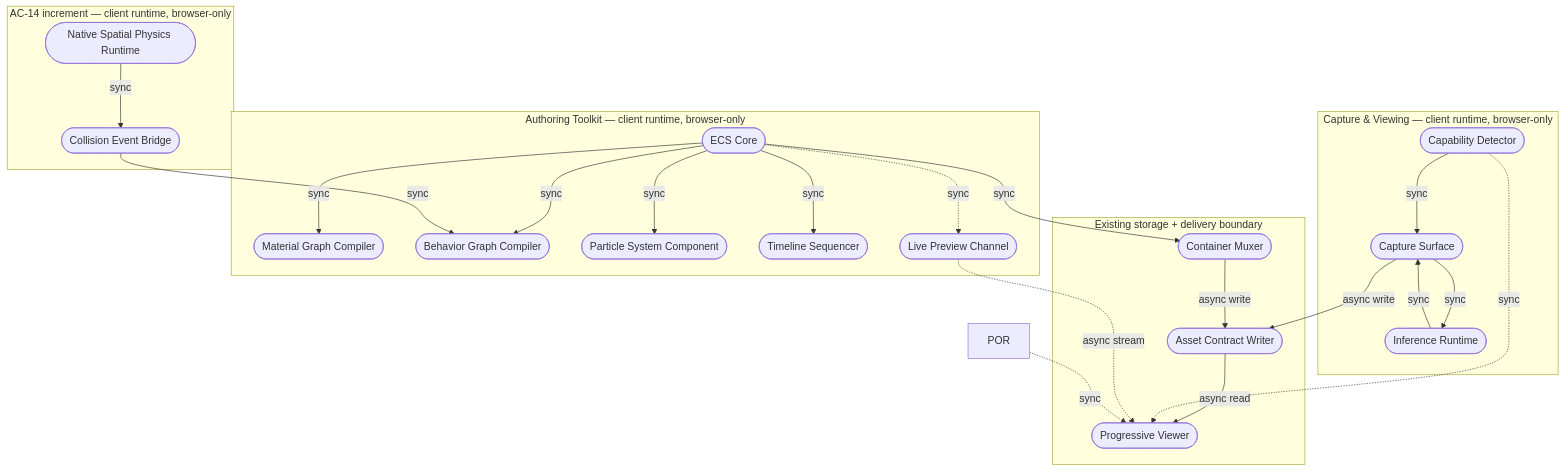
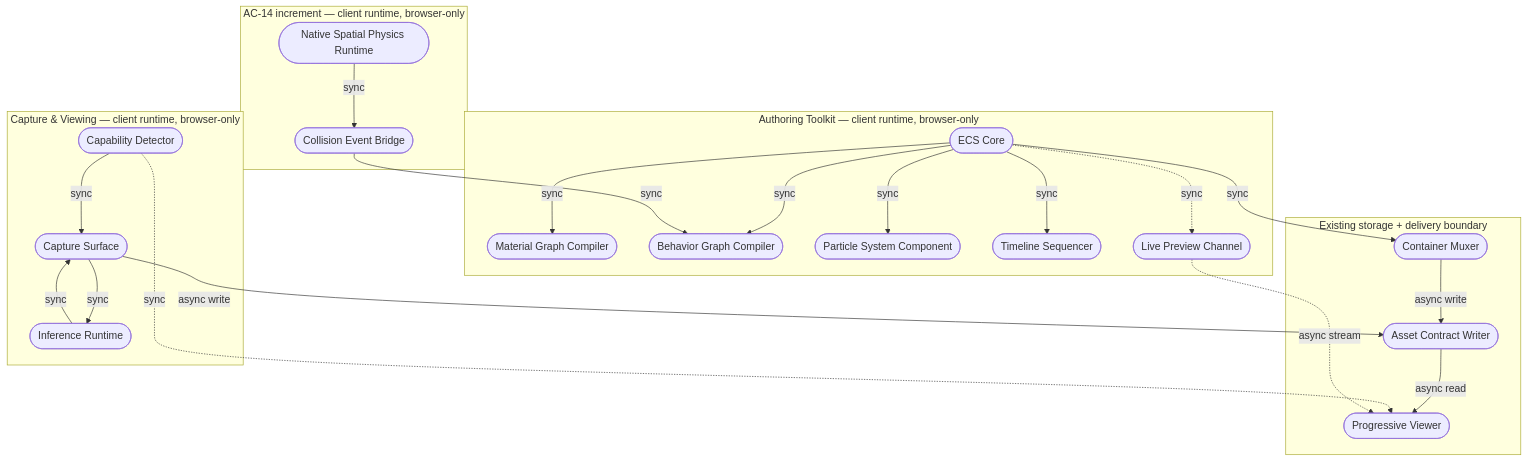
The diagram in docs/documents/knowgrph-ar-vr-xr-prd-tad-adr.md (huijoohwee/agentic-graph), drawn with Mermaid before and after one commit. The commit also changed other lines of this file, not shown here.

````diff
--- a/docs/documents/knowgrph-ar-vr-xr-prd-tad-adr.md
+++ b/docs/documents/knowgrph-ar-vr-xr-prd-tad-adr.md
@@ -472,42 +472,41 @@
 ```mermaid
 flowchart TB
   subgraph Capture["Capture & Viewing — client runtime, browser-only"]
     CD([Capability Detector])
     CS([Capture Surface])
     IR([Inference Runtime])
     CD -- sync --> CS
     CS -- sync --> IR
     IR -- sync --> CS
   end
   subgraph Authoring["Authoring Toolkit — client runtime, browser-only"]
     ECS([ECS Core])
     MGC([Material Graph Compiler])
     BGC([Behavior Graph Compiler])
     PSC([Particle System Component])
     TS([Timeline Sequencer])
     LPC([Live Preview Channel])
     ECS -- sync --> MGC
     ECS -- sync --> BGC
     ECS -- sync --> PSC
     ECS -- sync --> TS
     ECS -. sync .-> LPC
   end
   subgraph Simulation["AC-14 increment — client runtime, browser-only"]
     PHY([Native Spatial Physics Runtime])
     CEB([Collision Event Bridge])
     PHY -- sync --> CEB
     CEB -- sync --> BGC
   end
   subgraph Delivery["Existing storage + delivery boundary"]
     CM([Container Muxer])
     ACW([Asset Contract Writer])
     PV([Progressive Viewer])
   end
   CS -- async write --> ACW
   ECS -- sync --> CM
   CM -- async write --> ACW
   ACW -- async read --> PV
   CD -. sync .-> PV
   LPC -. async stream .-> PV
-  POR -. sync .-> PV
 ```
````
